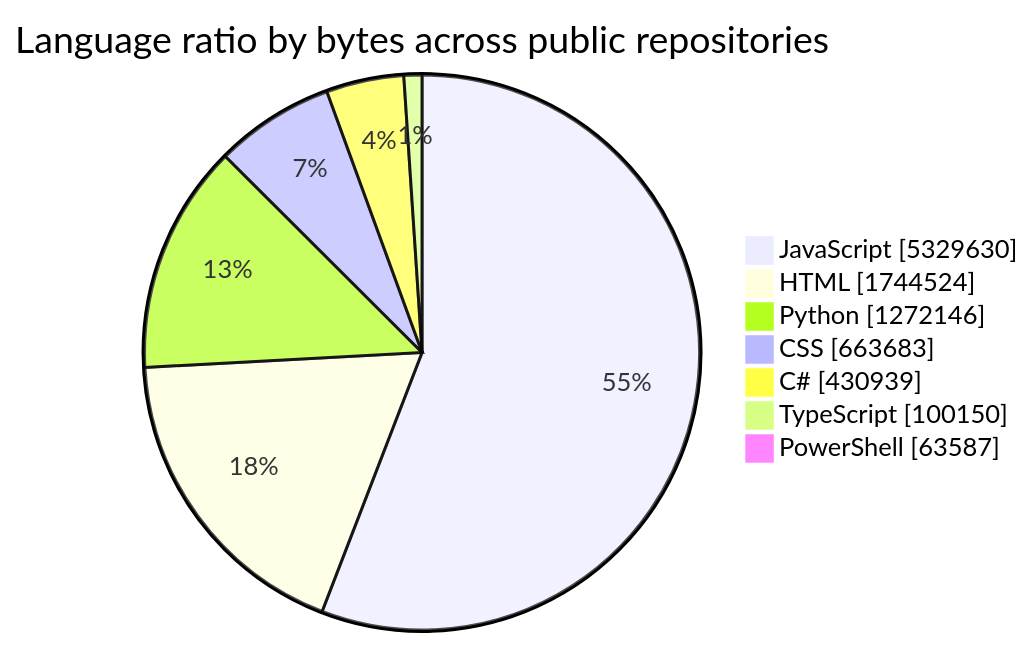
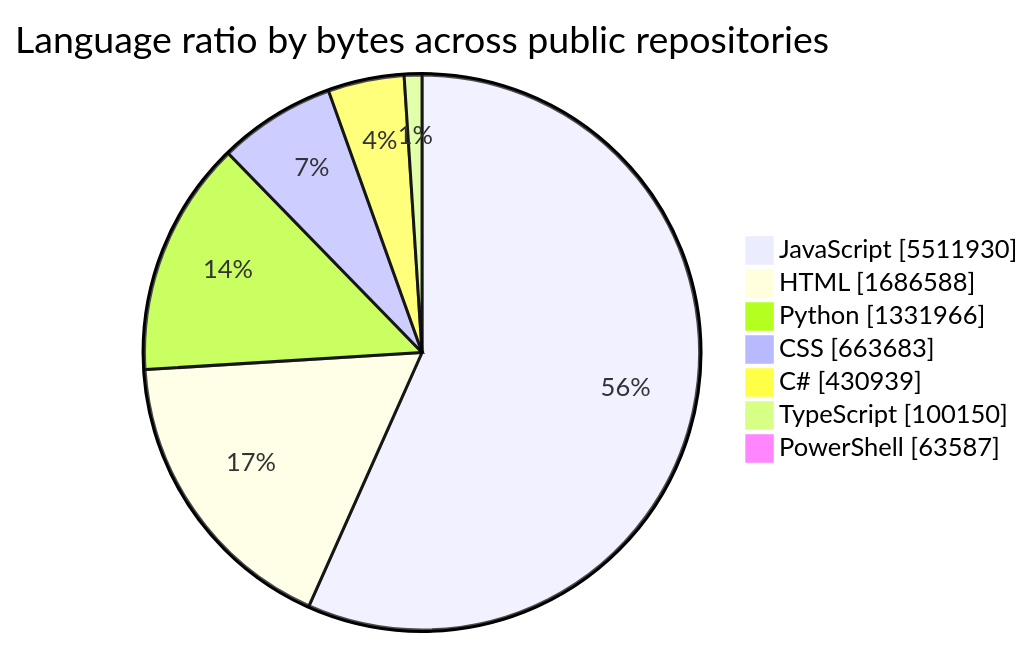
Before and after one commit to tchinso/tchinso: the first of 2 diagrams in README.md, drawn with Mermaid. The commit also changed other lines of this file, not shown here.

````diff
--- a/README.md
+++ b/README.md
@@ -24,11 +24,11 @@
 ```mermaid
 pie showData
     title Language ratio by bytes across public repositories
-    "JavaScript" : 5329630
-    "HTML" : 1744524
-    "Python" : 1272146
+    "JavaScript" : 5511930
+    "HTML" : 1686588
+    "Python" : 1331966
     "CSS" : 663683
     "C#" : 430939
     "TypeScript" : 100150
     "PowerShell" : 63587
 ```
````
